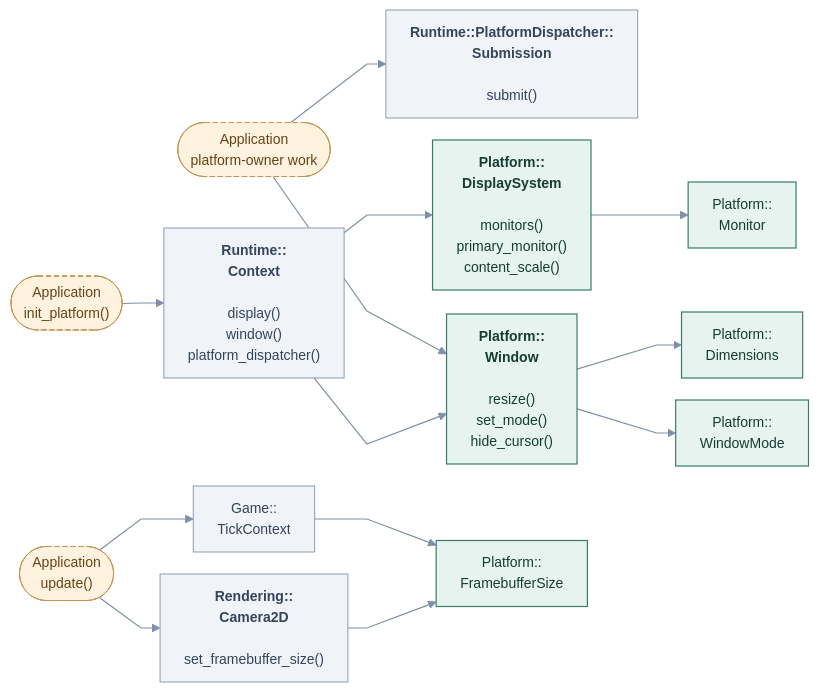
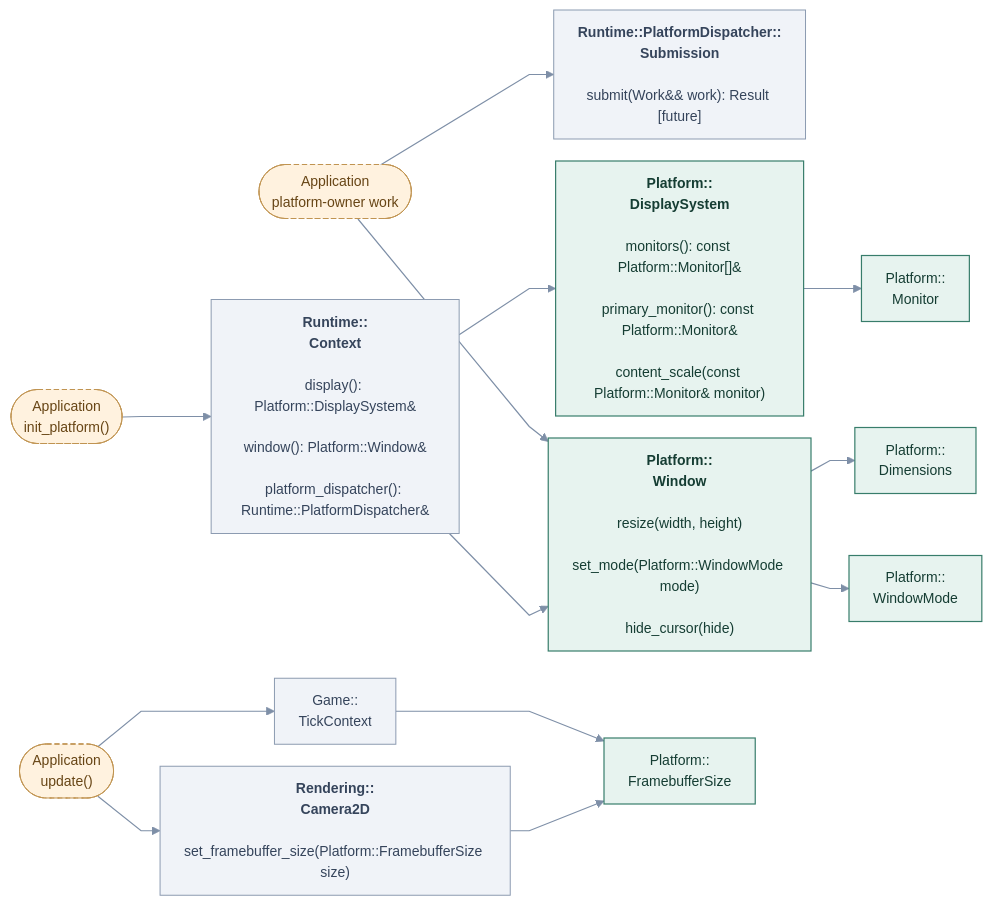
The diagram in docs/site/engine-systems/diagrams/display-application.mmd (cppcooper/cheryl-engine), drawn with Mermaid before and after one commit. The commit also changed 22 other files, not shown here.

First line of the commit message:
Adds argument and result types to application diagrams

```diff
--- a/docs/site/engine-systems/diagrams/display-application.mmd
+++ b/docs/site/engine-systems/diagrams/display-application.mmd
@@ -1,46 +1,46 @@
 ---
 config:
   theme: base
   themeVariables:
     fontFamily: system-ui, sans-serif
     fontSize: 14px
   flowchart:
     htmlLabels: true
     curve: linear
     nodeSpacing: 22
     rankSpacing: 38
     padding: 12
 ---
 flowchart LR
     accTitle: Display · application access
     accDescr: Arrows point toward the API or type used, not call order or data flow. Methods beneath type names are selected application entry points; Implement hooks marks engine-invoked overrides. Dashed arrows mark optional choices.
     k0(["Application<br/>init_platform()"]):::app
-    k1["<b>Runtime::<br/>Context</b><br/><br/>display()<br/>window()<br/>platform_dispatcher()"]:::neighbor
+    k1["<b>Runtime::<br/>Context</b><br/><br/>display(): Platform::DisplaySystem&amp;<br/><br/>window(): Platform::Window&amp;<br/><br/>platform_dispatcher(): Runtime::PlatformDispatcher&amp;"]:::neighbor
     k2(["Application<br/>platform-owner work"]):::app
-    k3["<b>Runtime::PlatformDispatcher::<br/>Submission</b><br/><br/>submit()"]:::neighbor
-    k4["<b>Platform::<br/>Window</b><br/><br/>resize()<br/>set_mode()<br/>hide_cursor()"]:::focal
-    k5["<b>Platform::<br/>DisplaySystem</b><br/><br/>monitors()<br/>primary_monitor()<br/>content_scale()"]:::focal
+    k3["<b>Runtime::PlatformDispatcher::<br/>Submission</b><br/><br/>submit(Work&amp;&amp; work): Result [future]"]:::neighbor
+    k4["<b>Platform::<br/>Window</b><br/><br/>resize(width, height)<br/><br/>set_mode(Platform::WindowMode mode)<br/><br/>hide_cursor(hide)"]:::focal
+    k5["<b>Platform::<br/>DisplaySystem</b><br/><br/>monitors(): const Platform::Monitor[]&amp;<br/><br/>primary_monitor(): const Platform::Monitor&amp;<br/><br/>content_scale(const Platform::Monitor&amp; monitor)"]:::focal
     k6["Platform::<br/>Monitor"]:::focal
     k7["Platform::<br/>Dimensions"]:::focal
     k8["Platform::<br/>WindowMode"]:::focal
     k9(["Application<br/>update()"]):::app
     k10["Game::<br/>TickContext"]:::neighbor
     k11["Platform::<br/>FramebufferSize"]:::focal
-    k12["<b>Rendering::<br/>Camera2D</b><br/><br/>set_framebuffer_size()"]:::neighbor
+    k12["<b>Rendering::<br/>Camera2D</b><br/><br/>set_framebuffer_size(Platform::FramebufferSize size)"]:::neighbor
     k0 --> k1
     k2 --> k3
     k2 --> k4
     k1 --> k5
     k1 --> k4
     k5 --> k6
     k4 --> k7
     k4 --> k8
     k9 --> k10
     k10 --> k11
     k9 --> k12
     k12 --> k11
     classDef focal fill:#e7f3ef,stroke:#387d6b,color:#153d33,stroke-width:1.2px
     classDef neighbor fill:#f0f3f8,stroke:#8c9bb1,color:#35445b,stroke-width:1px
     classDef app fill:#fff2df,stroke:#c09452,color:#674515,stroke-dasharray:5 3
     classDef system fill:#eaf0fc,stroke:#617fab,color:#263f69,stroke-width:1.2px
     linkStyle default stroke:#7e8fa7,stroke-width:1.2px
```
